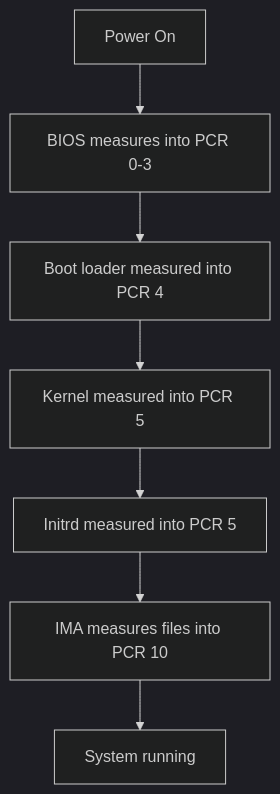
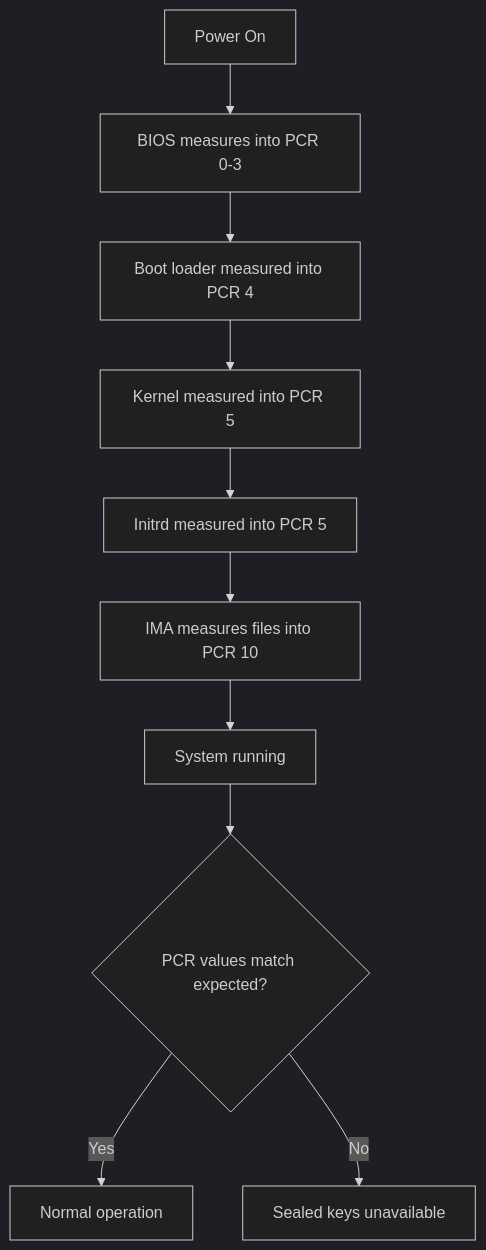
One commit to Abhinav-Kumar012/lb2 changed the fifth of 7 diagrams in src/kernel/security/tpm.md. Above: the diagram before and after it, drawn with Mermaid (dark theme). The commit also changed other lines of this file, not shown here.

Commit message:
Expand src/kernel/security/tpm.md: threat model, kernel internals, fTPM, PCR mechanism, policy sessions, virtual TPM

````diff
--- a/src/kernel/security/tpm.md
+++ b/src/kernel/security/tpm.md
@@ -210,9 +301,12 @@
 ```mermaid
 flowchart TD
     A[Power On] --> B[BIOS measures into PCR 0-3]
     B --> C[Boot loader measured into PCR 4]
     C --> D[Kernel measured into PCR 5]
     D --> E[Initrd measured into PCR 5]
     E --> F[IMA measures files into PCR 10]
     F --> G[System running]
+    G --> H{PCR values match expected?}
+    H -->|Yes| I[Normal operation]
+    H -->|No| J[Sealed keys unavailable]
 ```
````
